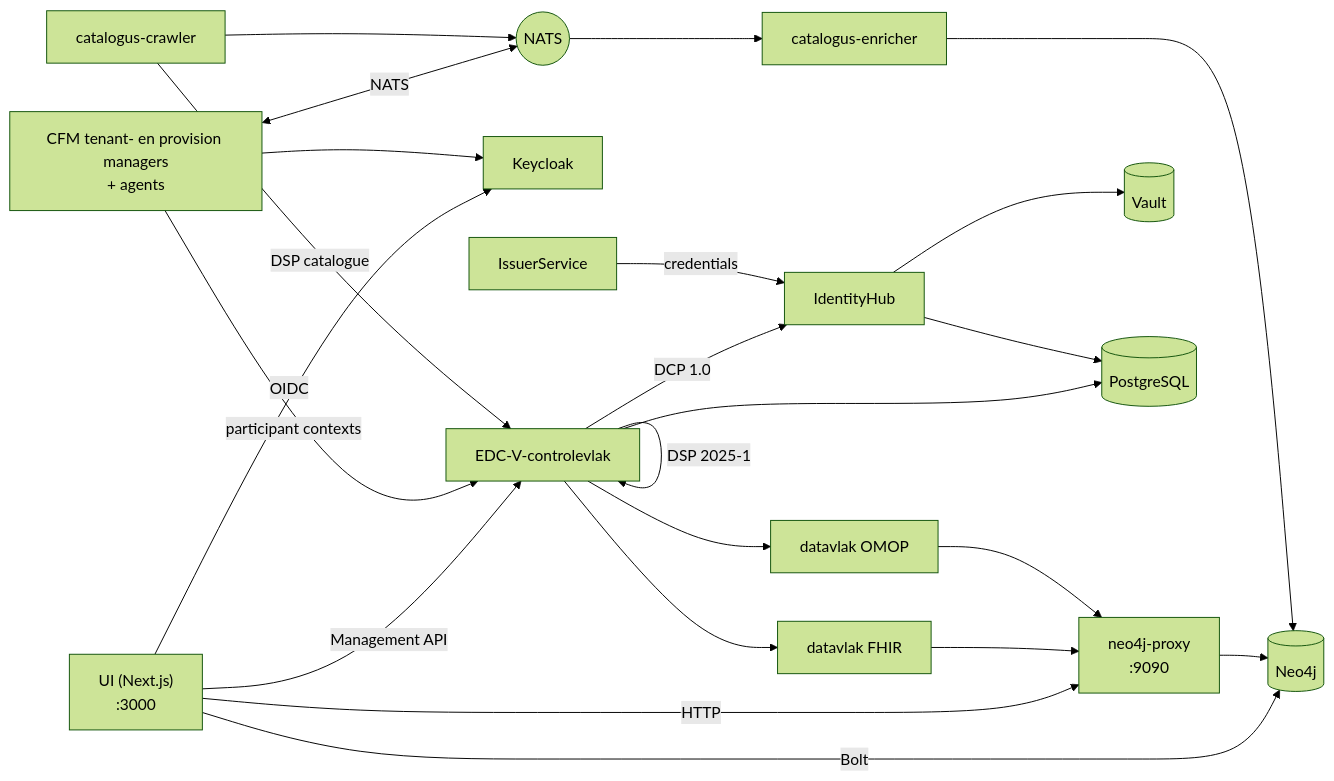
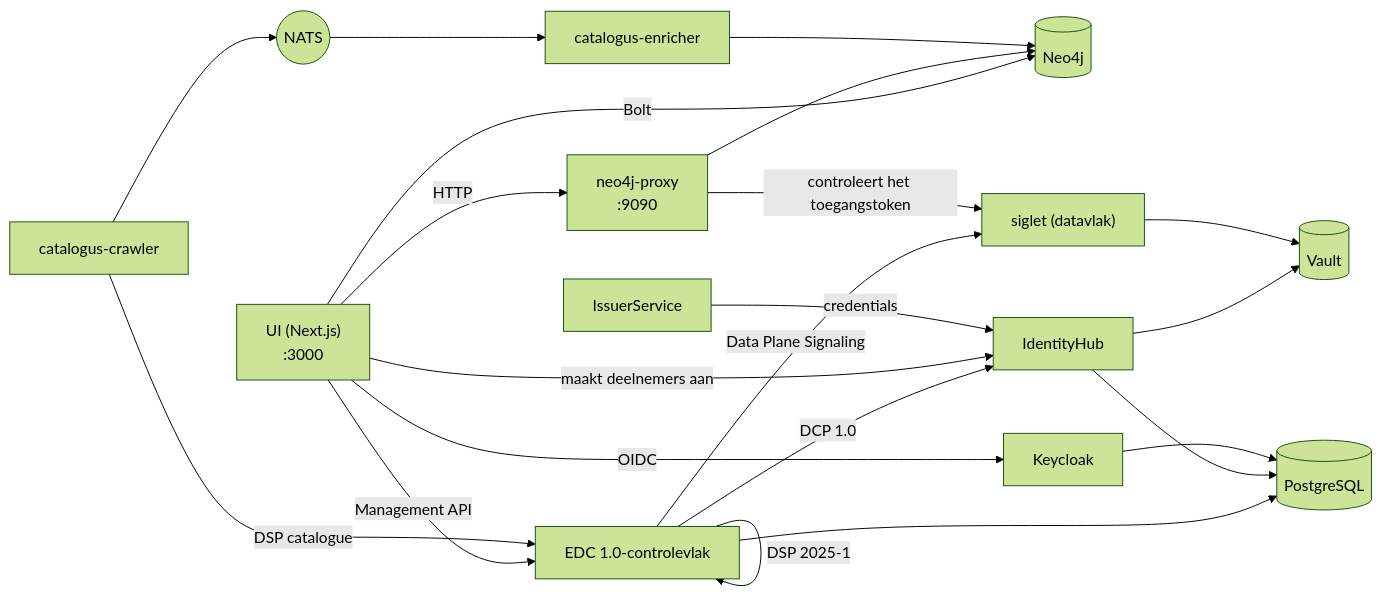
One commit to ma3u/MinimumViableHealthDataspacev2 changed the diagram in docs/i18n/nl/developer/stack-and-environment.md. Above: the diagram before and after it, drawn with Mermaid (forest theme). The commit also changed other lines of this file and 56 other files, not shown here.

````diff
--- a/docs/i18n/nl/developer/stack-and-environment.md
+++ b/docs/i18n/nl/developer/stack-and-environment.md
@@ -64,25 +64,23 @@
 ```mermaid
 flowchart LR
     UI["UI (Next.js)<br/>:3000"] -->|Bolt| NEO[(Neo4j)]
     UI -->|HTTP| PROXY["neo4j-proxy<br/>:9090"]
-    UI -->|Management API| CP["EDC-V-controlevlak"]
+    UI -->|Management API| CP["EDC 1.0-controlevlak"]
     UI -->|OIDC| KC["Keycloak"]
     PROXY --> NEO
     CP -->|DSP 2025-1| CP
-    CP --> DPF["datavlak FHIR"]
-    CP --> DPO["datavlak OMOP"]
-    DPF --> PROXY
-    DPO --> PROXY
+    CP -->|Data Plane Signaling| SIG["siglet (datavlak)"]
+    PROXY -->|controleert het toegangstoken| SIG
     CP -->|DCP 1.0| IH["IdentityHub"]
+    UI -->|maakt deelnemers aan| IH
     IS["IssuerService"] -->|credentials| IH
     IH --> VAULT[("Vault")]
-    CFM["CFM tenant- en provision managers<br/>+ agents"] -->|participant contexts| CP
-    CFM --> KC
-    CFM <-->|NATS| NATS(("NATS"))
+    SIG --> VAULT
     CRAWL["catalogus-crawler"] -->|DSP catalogue| CP
-    CRAWL --> NATS
+    CRAWL --> NATS(("NATS"))
     NATS --> ENR["catalogus-enricher"]
     ENR --> NEO
     CP --> PG[("PostgreSQL")]
     IH --> PG
+    KC --> PG
 ```
````
